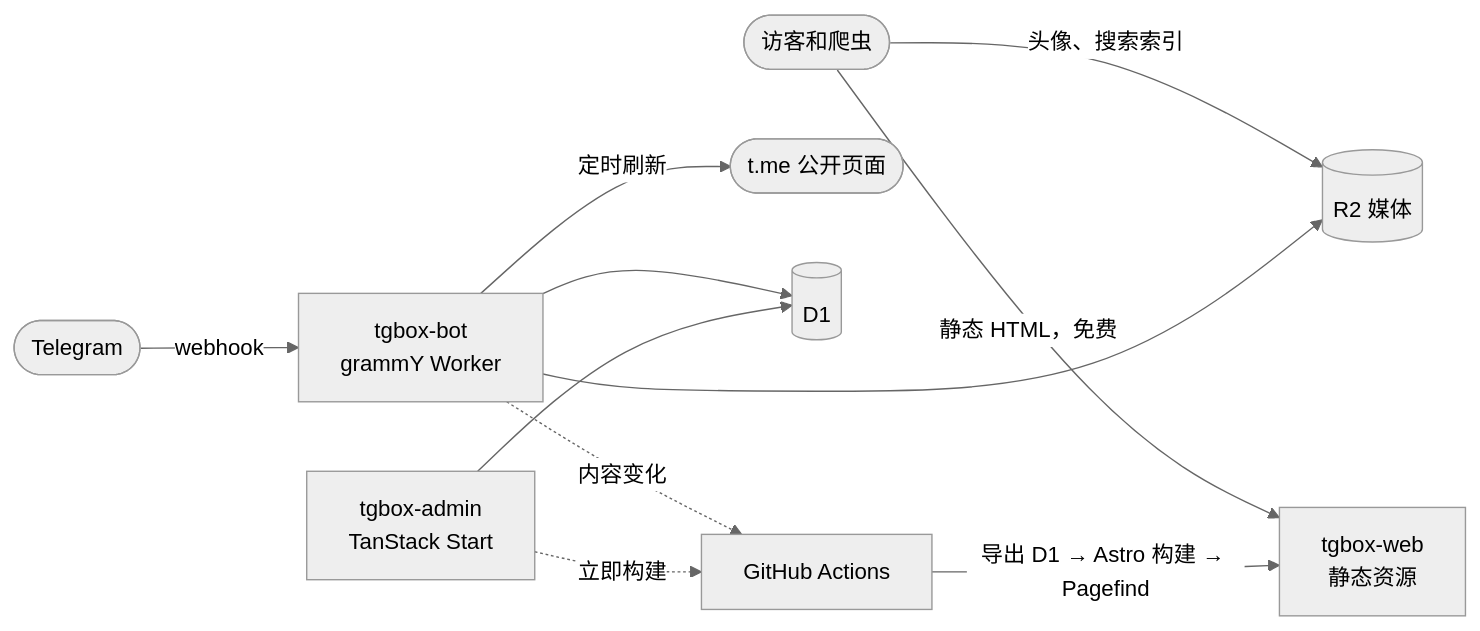
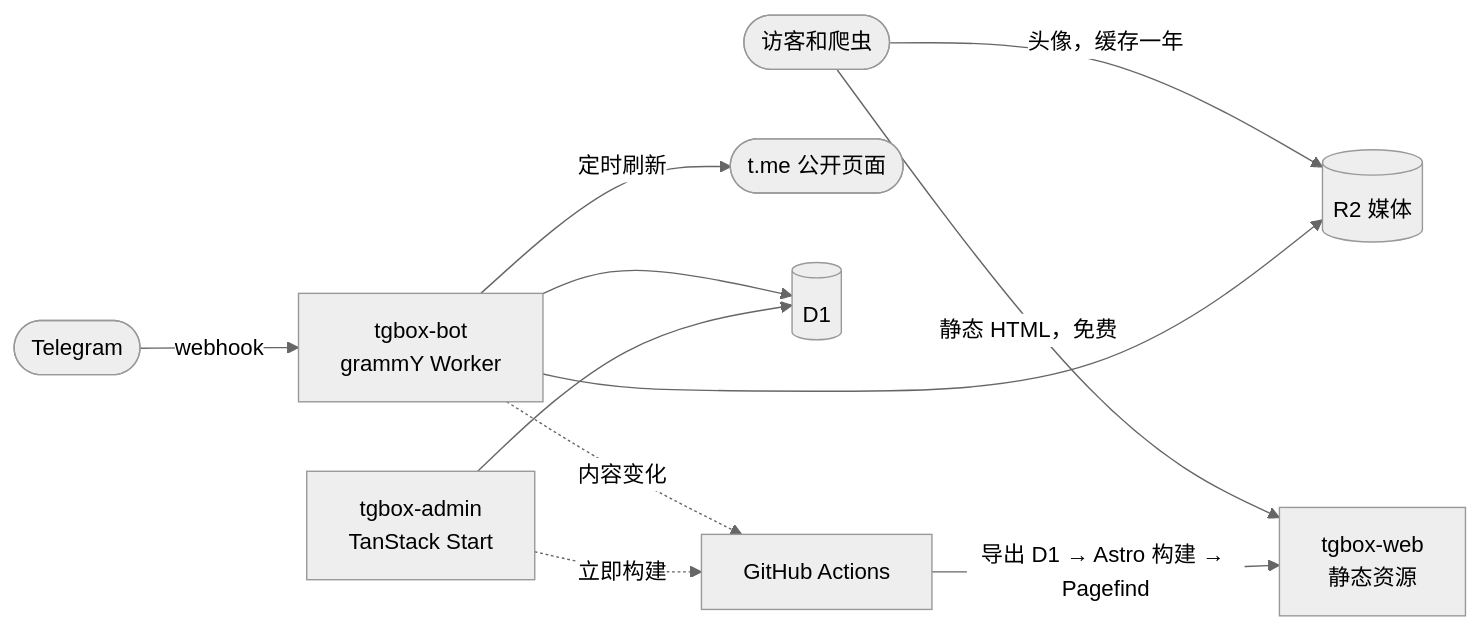
The diagram in README.zh-CN.md (TGrpg/tgbox), drawn with Mermaid (neutral theme) before and after one commit. The commit also changed other lines of this file and 57 other files, not shown here.

````diff
--- a/README.zh-CN.md
+++ b/README.zh-CN.md
@@ -67,13 +67,13 @@
 ```mermaid
 flowchart LR
   U([访客和爬虫]) -->|静态 HTML，免费| WEB[tgbox-web<br/>静态资源]
-  U -->|头像、搜索索引| R2[(R2 媒体)]
+  U -->|头像，缓存一年| R2[(R2 媒体)]
   TG([Telegram]) -->|webhook| BOT[tgbox-bot<br/>grammY Worker]
   BOT -->|定时刷新| TME([t.me 公开页面])
   BOT --> D1[(D1)]
   BOT --> R2
   ADM[tgbox-admin<br/>TanStack Start] --> D1
   BOT -. 内容变化 .-> GHA[GitHub Actions]
   ADM -. 立即构建 .-> GHA
   GHA -->|导出 D1 → Astro 构建 → Pagefind| WEB
 ```
````
